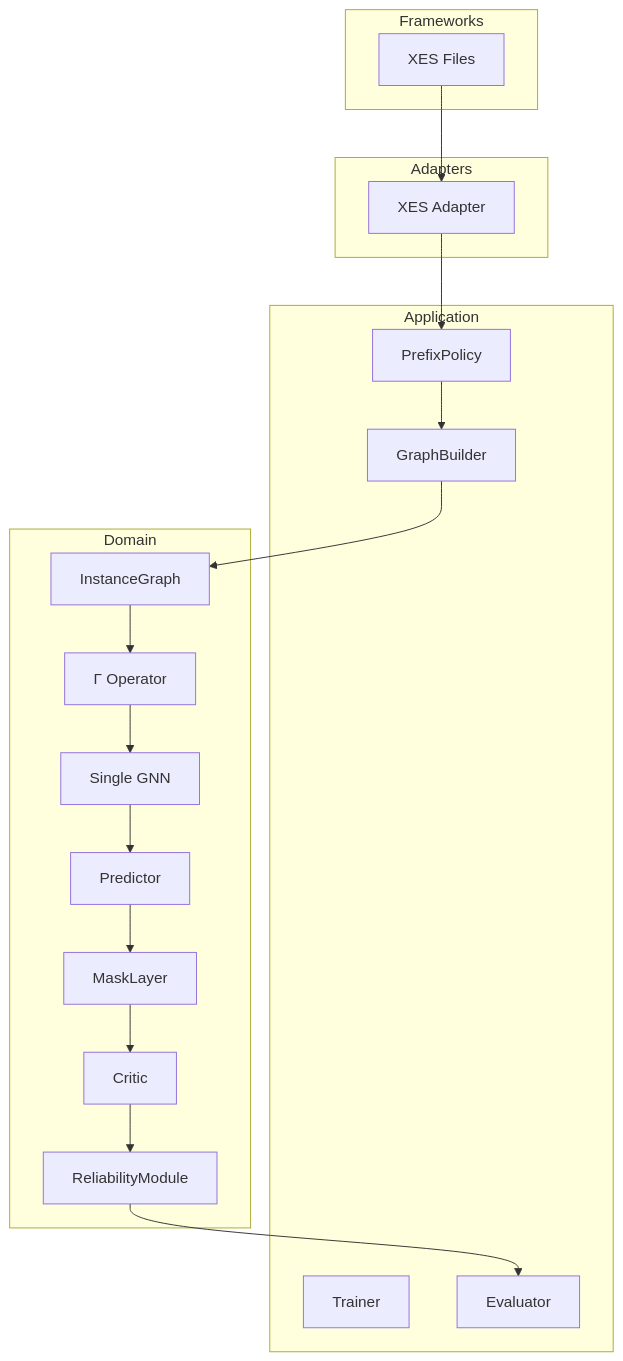
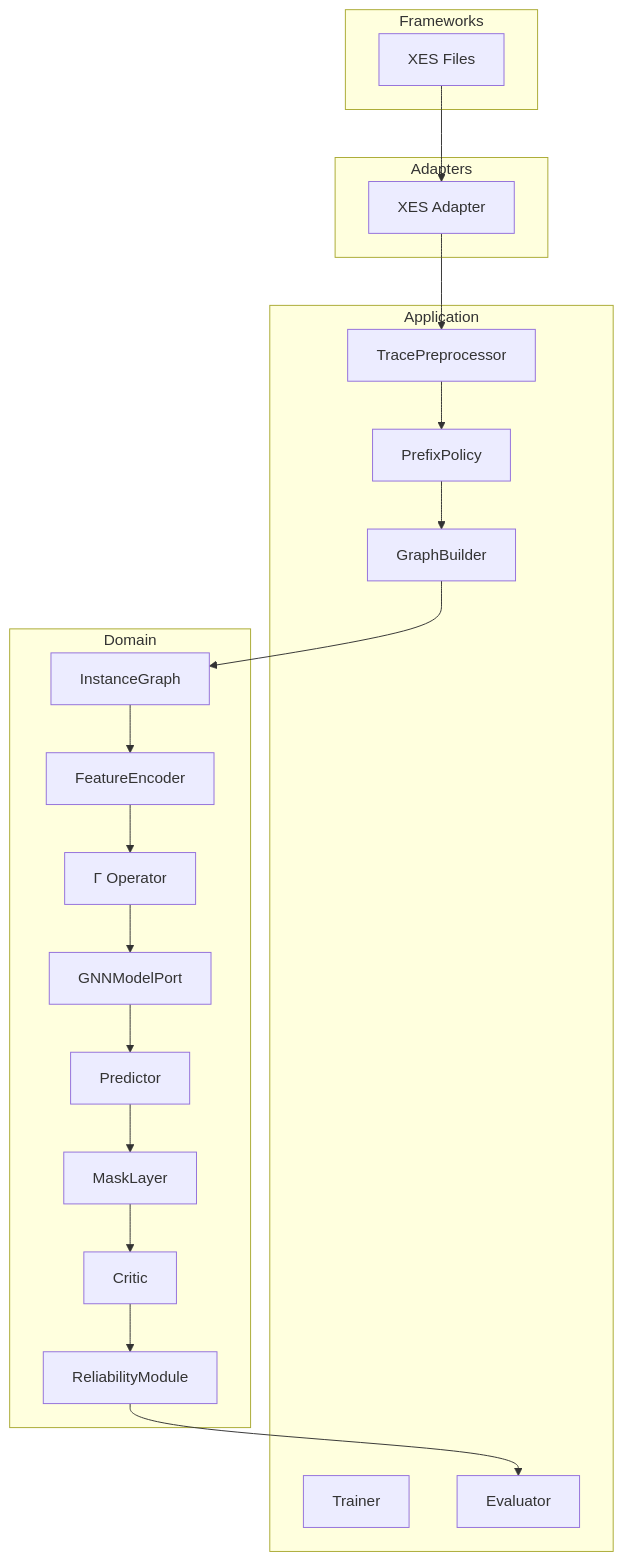
One commit to ghsrg/bpm_prediction changed the first of 5 diagrams in ARCHITECTURE_MVP1.MD. Above: the diagram before and after it, drawn with Mermaid. The commit also changed other lines of this file and 2 other files, not shown here.

Commit message:
Updated Data model and add architecture mvp1 final

````diff
--- a/ARCHITECTURE_MVP1.MD
+++ b/ARCHITECTURE_MVP1.MD
@@ -38,39 +43,43 @@
 ```mermaid
 flowchart TB
     subgraph Frameworks
         XES[XES Files]
     end
 
     subgraph Adapters
         XESAdapter[XES Adapter]
     end
 
     subgraph Application
+        TracePreprocessor[TracePreprocessor]
         PrefixPolicy[PrefixPolicy]
         GraphBuilder[GraphBuilder]
         Trainer[Trainer]
         Evaluator[Evaluator]
     end
 
     subgraph Domain
         InstanceGraph[InstanceGraph]
+        FeatureEncoder[FeatureEncoder]
         FusionOperator[Γ Operator]
-        GNNModel[Single GNN]
+        GNNModel[GNNModelPort]
         Predictor[Predictor]
-        MaskLayer[MaskLayer] 
+        MaskLayer[MaskLayer]
         Critic[Critic]
         ReliabilityModule[ReliabilityModule]
     end
 
     XES --> XESAdapter
-    XESAdapter --> PrefixPolicy
+    XESAdapter --> TracePreprocessor
+    TracePreprocessor --> PrefixPolicy
     PrefixPolicy --> GraphBuilder
     GraphBuilder --> InstanceGraph
-    InstanceGraph --> FusionOperator
+    InstanceGraph --> FeatureEncoder
+    FeatureEncoder --> FusionOperator
     FusionOperator --> GNNModel
     GNNModel --> Predictor
     Predictor --> MaskLayer
     MaskLayer --> Critic
     Critic --> ReliabilityModule
     ReliabilityModule --> Evaluator
 ```
````
